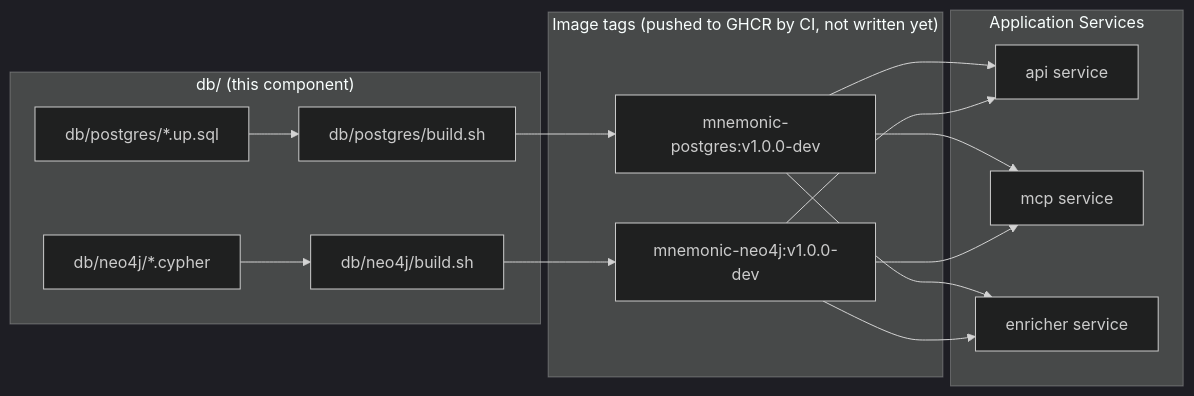
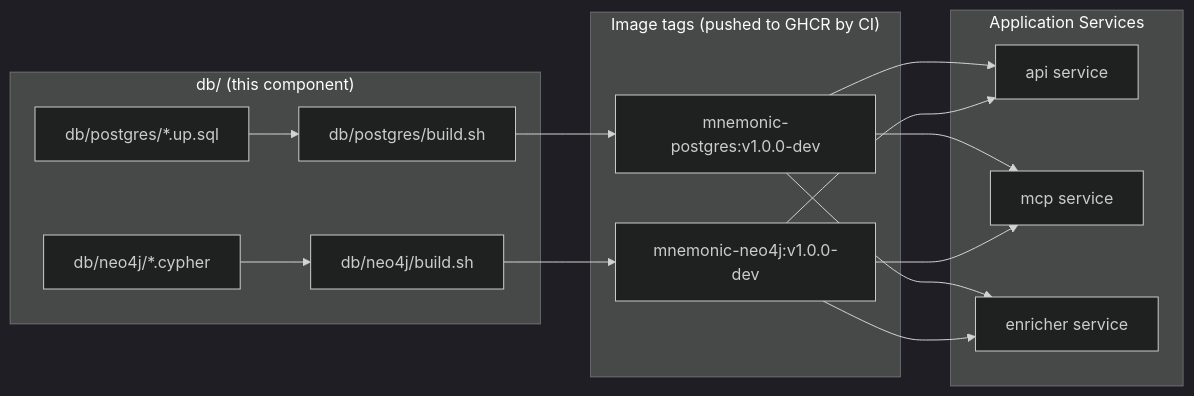
Before and after one commit to twistingmercury/mnemonic: the diagram in docs/design/architecture/dbs/00-overview.md, drawn with Mermaid (dark theme). The commit also changed other lines of this file and 15 other files, not shown here.

Commit message:
Remove the CI-not-written statements the workflow made false

````diff
--- a/docs/design/architecture/dbs/00-overview.md
+++ b/docs/design/architecture/dbs/00-overview.md
@@ -27,30 +27,30 @@
 ```mermaid
 graph LR
     subgraph db["db/ (this component)"]
         PG_SQL["db/postgres/*.up.sql"]
         NEO_CYP["db/neo4j/*.cypher"]
         PG_BUILD["db/postgres/build.sh"]
         NEO_BUILD["db/neo4j/build.sh"]
         PG_SQL --> PG_BUILD
         NEO_CYP --> NEO_BUILD
     end
 
-    subgraph GHCR["Image tags (pushed to GHCR by CI, not written yet)"]
+    subgraph GHCR["Image tags (pushed to GHCR by CI)"]
         PG_IMG["mnemonic-postgres:v1.0.0-dev"]
         NEO_IMG["mnemonic-neo4j:v1.0.0-dev"]
         PG_BUILD --> PG_IMG
         NEO_BUILD --> NEO_IMG
     end
 
     subgraph Apps["Application Services"]
         API["api service"]
         MCP["mcp service"]
         ENR["enricher service"]
         PG_IMG --> API
         PG_IMG --> MCP
         PG_IMG --> ENR
         NEO_IMG --> API
         NEO_IMG --> MCP
         NEO_IMG --> ENR
     end
 ```
````
